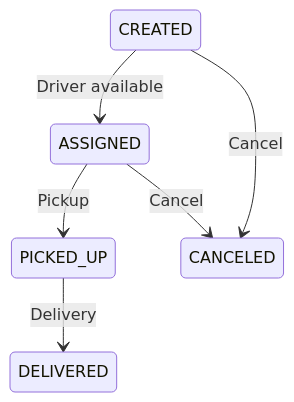
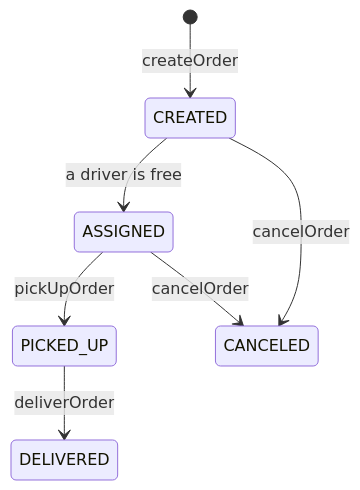
Before and after one commit to prsnt558908/CodeZymSolutions: the diagram in 1-100/76-design-peer-to-peer-parcel-delivery/q-76-java-tutorial.md, drawn with Mermaid. The commit also changed other lines of this file and 1 other file, not shown here.

First line of the commit message:
updated editorial for 76. peer to peer delivery

````diff
--- a/1-100/76-design-peer-to-peer-parcel-delivery/q-76-java-tutorial.md
+++ b/1-100/76-design-peer-to-peer-parcel-delivery/q-76-java-tutorial.md
@@ -16,8 +22,9 @@
 ```mermaid
 stateDiagram-v2
-    CREATED --> ASSIGNED: Driver available
-    ASSIGNED --> PICKED_UP: Pickup
-    PICKED_UP --> DELIVERED: Delivery
-    CREATED --> CANCELED: Cancel
-    ASSIGNED --> CANCELED: Cancel
+    [*] --> CREATED : createOrder
+    CREATED --> ASSIGNED : a driver is free
+    ASSIGNED --> PICKED_UP : pickUpOrder
+    PICKED_UP --> DELIVERED : deliverOrder
+    CREATED --> CANCELED : cancelOrder
+    ASSIGNED --> CANCELED : cancelOrder
 ```
````
